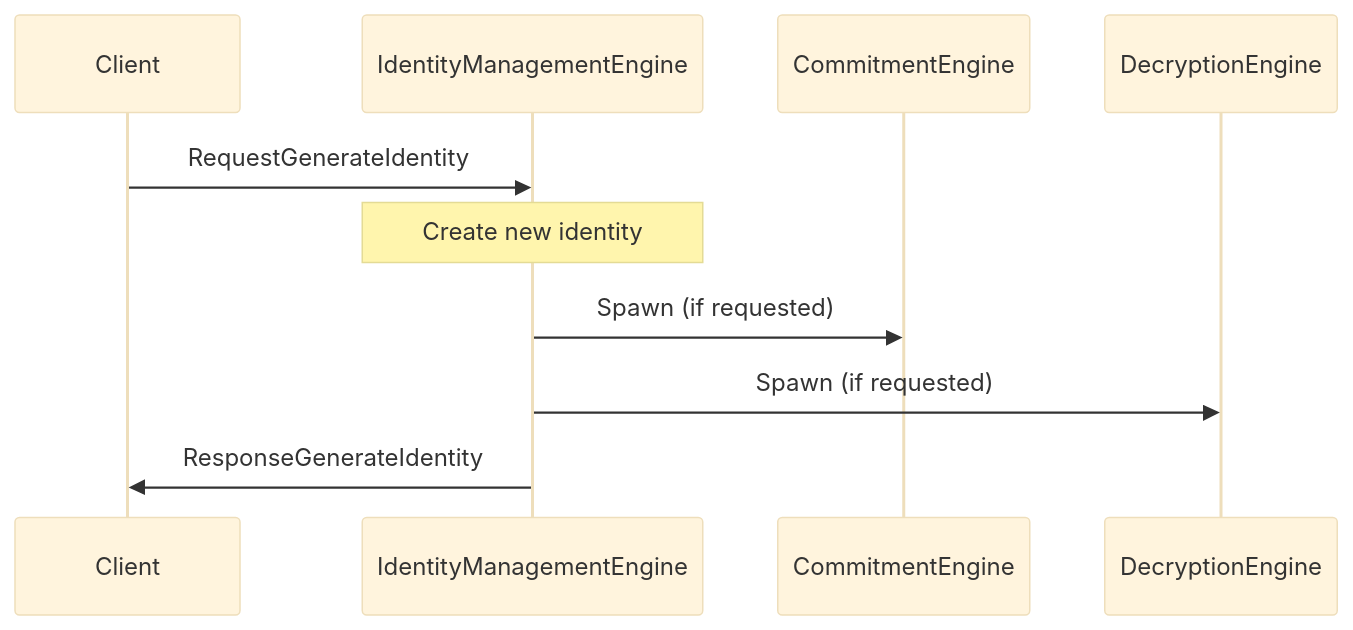
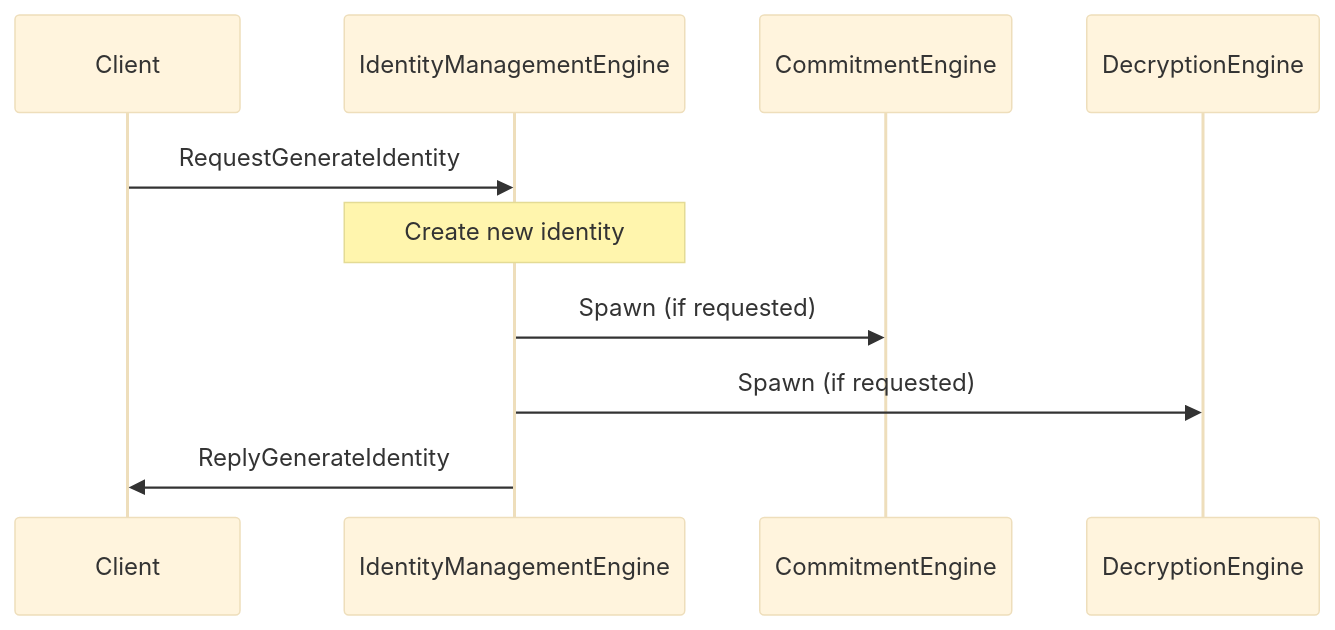
One commit to anoma/nspec changed the first of 3 diagrams in docs/arch/node/engines/identity_management_messages.juvix.md. Above: the diagram before and after it, drawn with Mermaid (base theme). The commit also changed other lines of this file and 37 other files, not shown here.

Commit message:
Renamed all instances of "Response" to "Reply" in message interfaces for consistency across commitment, decryption, identity management, and other engines.

````diff
--- a/docs/arch/node/engines/identity_management_messages.juvix.md
+++ b/docs/arch/node/engines/identity_management_messages.juvix.md
@@ -35,13 +35,13 @@
 ```mermaid
 sequenceDiagram
     participant Client
     participant IdentityManagementEngine
     participant CommitmentEngine
     participant DecryptionEngine
 
     Client->>IdentityManagementEngine: RequestGenerateIdentity
     Note over IdentityManagementEngine: Create new identity
     IdentityManagementEngine->>CommitmentEngine: Spawn (if requested)
     IdentityManagementEngine->>DecryptionEngine: Spawn (if requested)
-    IdentityManagementEngine->>Client: ResponseGenerateIdentity
+    IdentityManagementEngine->>Client: ReplyGenerateIdentity
 ```
````
